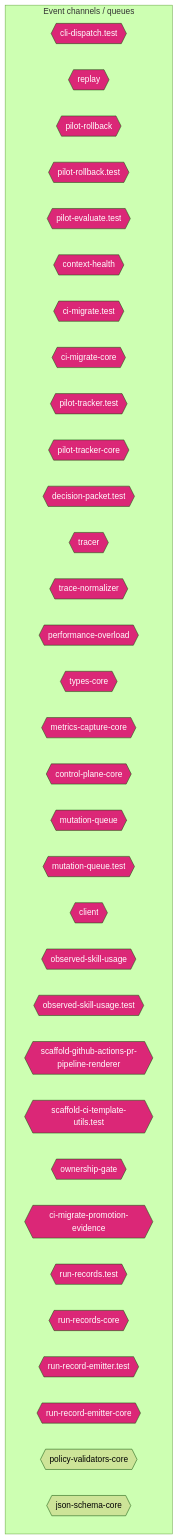
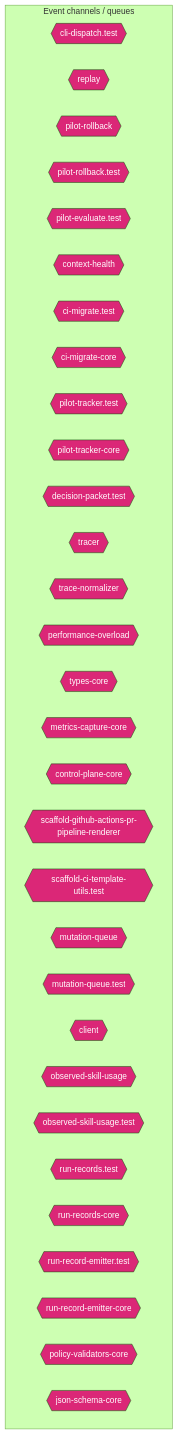
The ninth of 14 diagrams in AI/context/diagram-context.md (jscraik/coding-harness), drawn with Mermaid (forest theme) before and after one commit. The commit also changed other lines of this file and 8 other files, not shown here.

First line of the commit message:
feat(flow-ops): add outcome closeout validation

````diff
--- a/AI/context/diagram-context.md
+++ b/AI/context/diagram-context.md
@@ -1559,40 +1560,38 @@
 ```mermaid
 flowchart TD
   subgraph Channels["Event channels / queues"]
     cli_dispatch_test_54c9f17b{{"cli-dispatch.test"}}
     replay_ac203c98{{"replay"}}
     pilot_rollback_00c1f82c{{"pilot-rollback"}}
     pilot_rollback_test_e61d5a2b{{"pilot-rollback.test"}}
     pilot_evaluate_test_a2ac06fc{{"pilot-evaluate.test"}}
     context_health_80bb7da9{{"context-health"}}
     ci_migrate_test_2a015bb9{{"ci-migrate.test"}}
     ci_migrate_core_7005b5af{{"ci-migrate-core"}}
     pilot_tracker_test_80398a66{{"pilot-tracker.test"}}
     pilot_tracker_core_80d8ac96{{"pilot-tracker-core"}}
     decision_packet_test_9ea0e97b{{"decision-packet.test"}}
     tracer_1e6243a2{{"tracer"}}
     trace_normalizer_cb1be1d2{{"trace-normalizer"}}
     performance_overload_c685bfcf{{"performance-overload"}}
     types_core_e405ddca{{"types-core"}}
     metrics_capture_core_db4bf7cf{{"metrics-capture-core"}}
     control_plane_core_db3b4cb2{{"control-plane-core"}}
+    scaffold_github_actions_pr_pipeline_renderer_1ee18de5{{"scaffold-github-actions-pr-pipeline-renderer"}}
+    scaffold_ci_template_utils_test_b94825d9{{"scaffold-ci-template-utils.test"}}
     mutation_queue_ce5a530e{{"mutation-queue"}}
     mutation_queue_test_10b599e8{{"mutation-queue.test"}}
     client_1_914e1681{{"client"}}
     observed_skill_usage_ed7d5930{{"observed-skill-usage"}}
     observed_skill_usage_test_311c215a{{"observed-skill-usage.test"}}
-    scaffold_github_actions_pr_pipeline_renderer_1ee18de5{{"scaffold-github-actions-pr-pipeline-renderer"}}
-    scaffold_ci_template_utils_test_b94825d9{{"scaffold-ci-template-utils.test"}}
-    ownership_gate_2e194d13{{"ownership-gate"}}
-    ci_migrate_promotion_evidence_1a2dc527{{"ci-migrate-promotion-evidence"}}
     run_records_test_3ee6a0e3{{"run-records.test"}}
     run_records_core_89286dfa{{"run-records-core"}}
     run_record_emitter_test_5475c0da{{"run-record-emitter.test"}}
     run_record_emitter_core_688049d5{{"run-record-emitter-core"}}
     policy_validators_core_714a3fe7{{"policy-validators-core"}}
     json_schema_core_96d7e328{{"json-schema-core"}}
   end
   classDef eventNode fill:#db2777,color:#fff
-  class cli_dispatch_test_54c9f17b,replay_ac203c98,pilot_rollback_00c1f82c,pilot_rollback_test_e61d5a2b,pilot_evaluate_test_a2ac06fc,context_health_80bb7da9,ci_migrate_test_2a015bb9,ci_migrate_core_7005b5af,pilot_tracker_test_80398a66,pilot_tracker_core_80d8ac96,decision_packet_test_9ea0e97b,tracer_1e6243a2,trace_normalizer_cb1be1d2,performance_overload_c685bfcf,types_core_e405ddca,metrics_capture_core_db4bf7cf,control_plane_core_db3b4cb2,mutation_queue_ce5a530e,mutation_queue_test_10b599e8,client_1_914e1681,observed_skill_usage_ed7d5930,observed_skill_usage_test_311c215a,scaffold_github_actions_pr_pipeline_renderer_1ee18de5,scaffold_ci_template_utils_test_b94825d9,ownership_gate_2e194d13,ci_migrate_promotion_evidence_1a2dc527,run_records_test_3ee6a0e3,run_records_core_89286dfa,run_record_emitter_test_5475c0da,run_record_emitter_core_688049d5 eventNode
+  class cli_dispatch_test_54c9f17b,replay_ac203c98,pilot_rollback_00c1f82c,pilot_rollback_test_e61d5a2b,pilot_evaluate_test_a2ac06fc,context_health_80bb7da9,ci_migrate_test_2a015bb9,ci_migrate_core_7005b5af,pilot_tracker_test_80398a66,pilot_tracker_core_80d8ac96,decision_packet_test_9ea0e97b,tracer_1e6243a2,trace_normalizer_cb1be1d2,performance_overload_c685bfcf,types_core_e405ddca,metrics_capture_core_db4bf7cf,control_plane_core_db3b4cb2,scaffold_github_actions_pr_pipeline_renderer_1ee18de5,scaffold_ci_template_utils_test_b94825d9,mutation_queue_ce5a530e,mutation_queue_test_10b599e8,client_1_914e1681,observed_skill_usage_ed7d5930,observed_skill_usage_test_311c215a,run_records_test_3ee6a0e3,run_records_core_89286dfa,run_record_emitter_test_5475c0da,run_record_emitter_core_688049d5,policy_validators_core_714a3fe7,json_schema_core_96d7e328 eventNode
 
 ```
````
